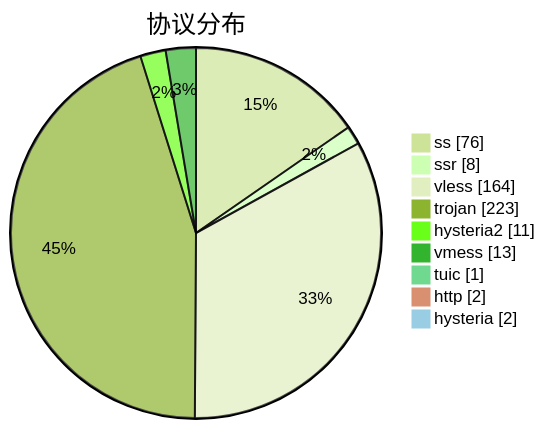
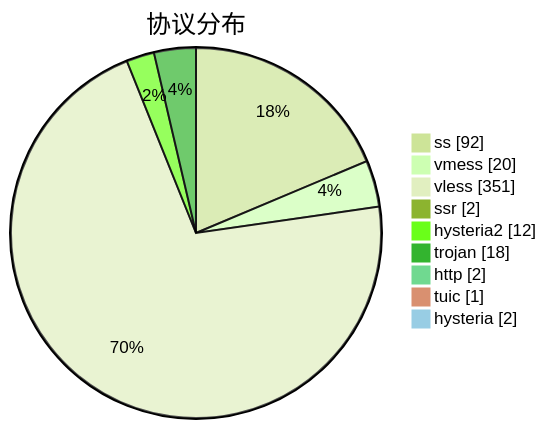
One commit to sinspired/airport changed the third of 3 diagrams in subs/statistics/tested_within.md. Above: the diagram before and after it, drawn with Mermaid (forest theme). The commit also changed other lines of this file and 2 other files, not shown here.

````diff
--- a/subs/statistics/tested_within.md
+++ b/subs/statistics/tested_within.md
@@ -46,13 +43,13 @@
 ```mermaid
 pie showData
 title 协议分布
-"ss" : 76
-"ssr" : 8
-"vless" : 164
-"trojan" : 223
-"hysteria2" : 11
-"vmess" : 13
+"ss" : 92
+"vmess" : 20
+"vless" : 351
+"ssr" : 2
+"hysteria2" : 12
+"trojan" : 18
+"http" : 2
 "tuic" : 1
-"http" : 2
 "hysteria" : 2
 ```
````
